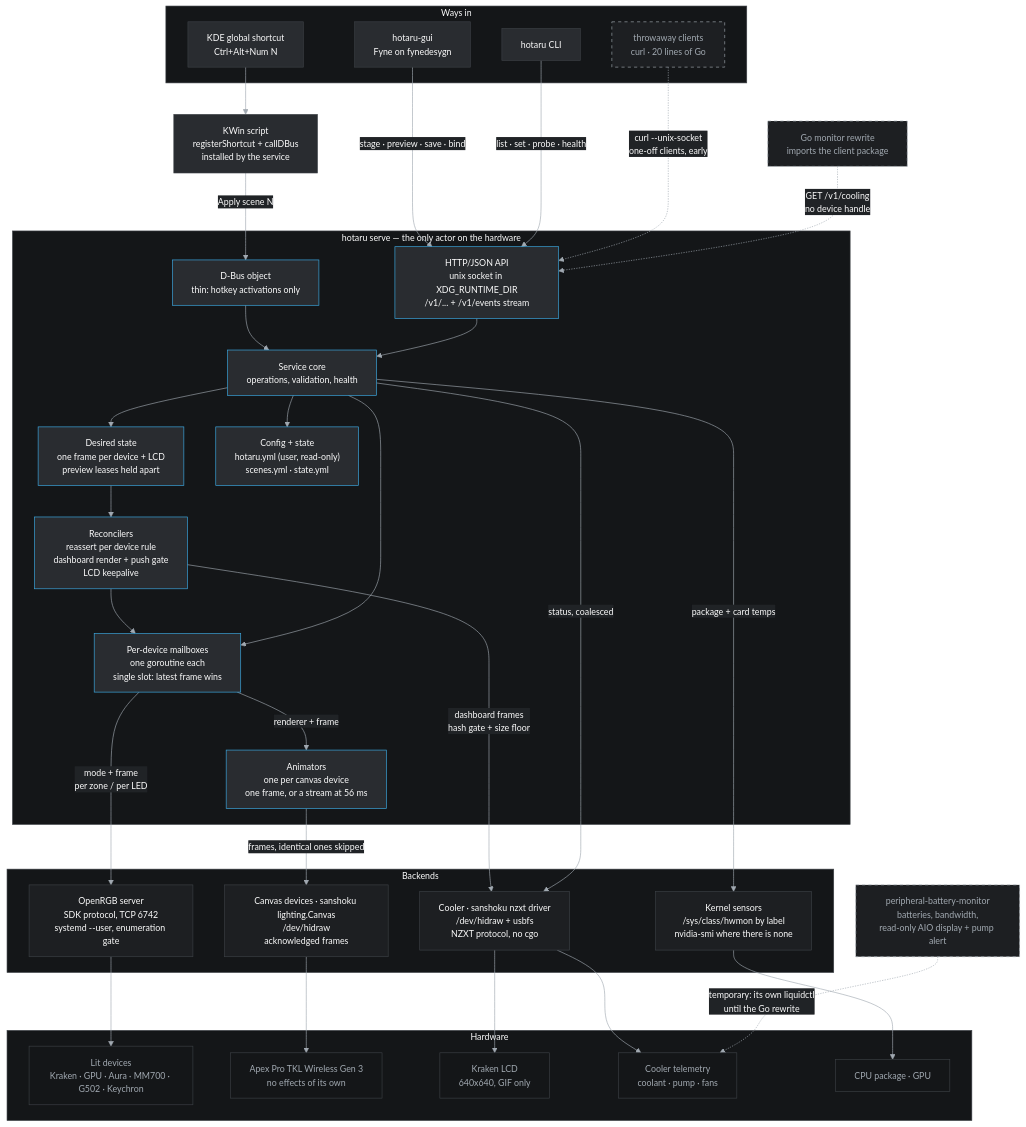
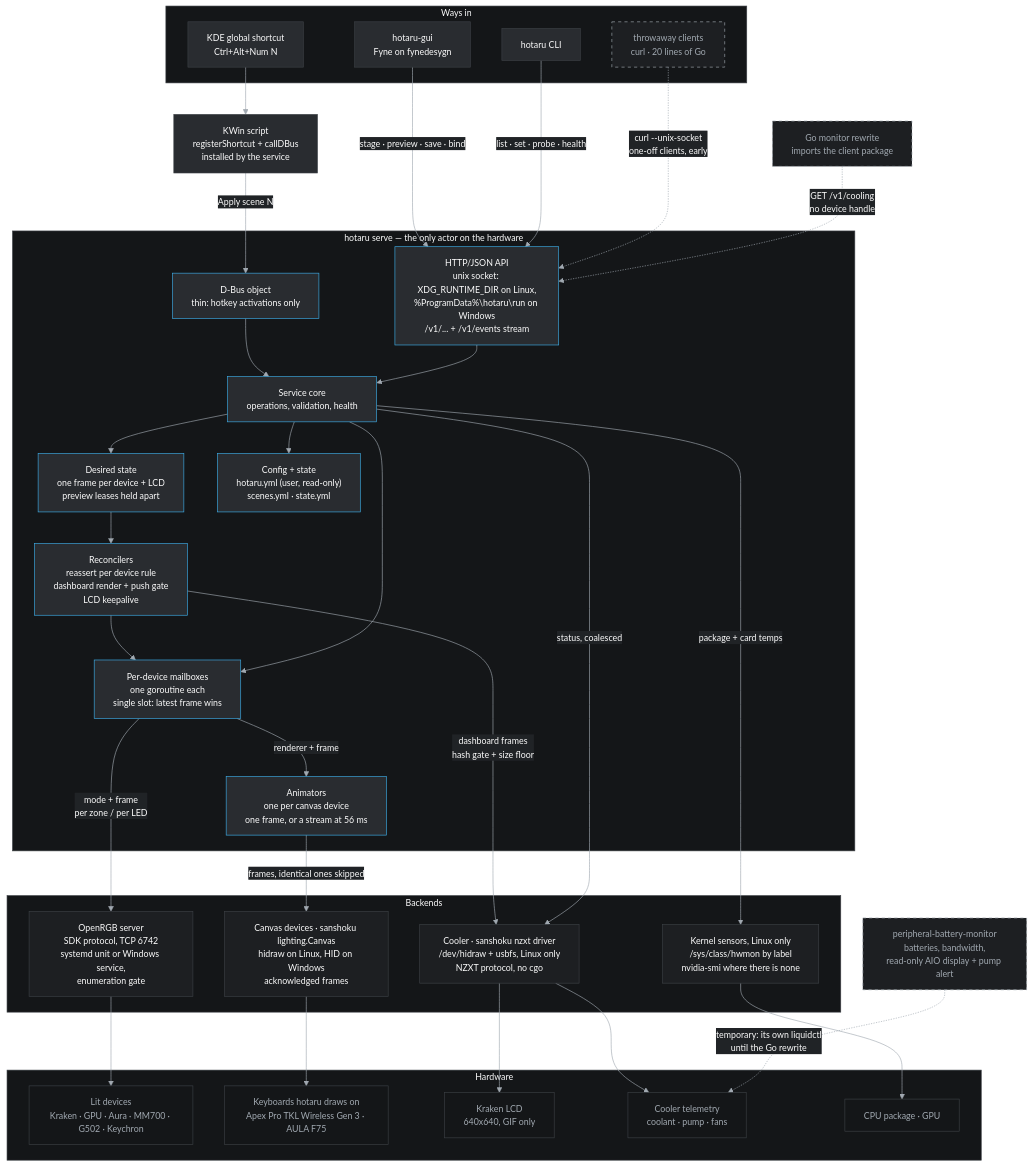
Before and after one commit to ushineko/hotaru: the first of 3 diagrams in docs/architecture.md, drawn with Mermaid. The commit also changed other lines of this file and 14 other files, not shown here.

First line of the commit message:
docs: windows in the architecture diagrams

```diff
--- a/docs/architecture.md
+++ b/docs/architecture.md
@@ -30,7 +30,7 @@
 
     subgraph svc["hotaru serve — the only actor on the hardware"]
         DBUS["D-Bus object<br/>thin: hotkey activations only"]
-        API["HTTP/JSON API<br/>unix socket in XDG_RUNTIME_DIR<br/>/v1/... + /v1/events stream"]
+        API["HTTP/JSON API<br/>unix socket: XDG_RUNTIME_DIR on Linux,<br/>%ProgramData%\hotaru\run on Windows<br/>/v1/... + /v1/events stream"]
         CORE["Service core<br/>operations, validation, health"]
         STATE["Desired state<br/>one frame per device + LCD<br/>preview leases held apart"]
         RECON["Reconcilers<br/>reassert per device rule<br/>dashboard render + push gate<br/>LCD keepalive"]
@@ -40,15 +40,15 @@
     end
 
     subgraph backends["Backends"]
-        ORGB["OpenRGB server<br/>SDK protocol, TCP 6742<br/>systemd --user, enumeration gate"]
-        COOL["Cooler · sanshoku nzxt driver<br/>/dev/hidraw + usbfs<br/>NZXT protocol, no cgo"]
-        CANV["Canvas devices · sanshoku lighting.Canvas<br/>/dev/hidraw<br/>acknowledged frames"]
-        HWMON["Kernel sensors<br/>/sys/class/hwmon by label<br/>nvidia-smi where there is none"]
+        ORGB["OpenRGB server<br/>SDK protocol, TCP 6742<br/>systemd unit or Windows service,<br/>enumeration gate"]
+        COOL["Cooler · sanshoku nzxt driver<br/>/dev/hidraw + usbfs, Linux only<br/>NZXT protocol, no cgo"]
+        CANV["Canvas devices · sanshoku lighting.Canvas<br/>hidraw on Linux, HID on Windows<br/>acknowledged frames"]
+        HWMON["Kernel sensors, Linux only<br/>/sys/class/hwmon by label<br/>nvidia-smi where there is none"]
     end
 
     subgraph hw["Hardware"]
         LIT["Lit devices<br/>Kraken · GPU · Aura · MM700 · G502 · Keychron"]
-        KEYS["Apex Pro TKL Wireless Gen 3<br/>no effects of its own"]
+        KEYS["Keyboards hotaru draws on<br/>Apex Pro TKL Wireless Gen 3 · AULA F75"]
         LCD["Kraken LCD<br/>640x640, GIF only"]
         TELEM["Cooler telemetry<br/>coolant · pump · fans"]
         TEMP["CPU package · GPU"]
```
